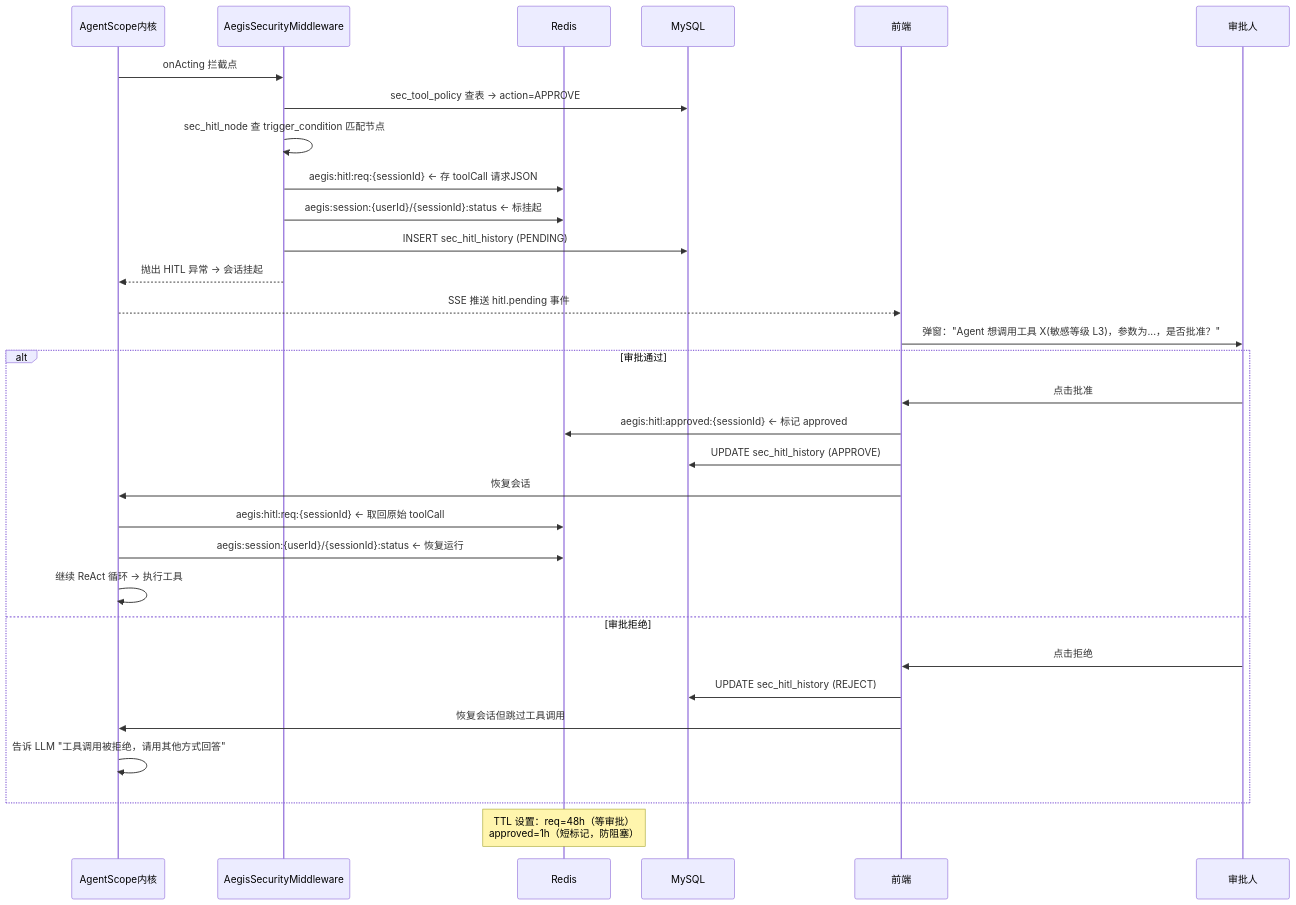
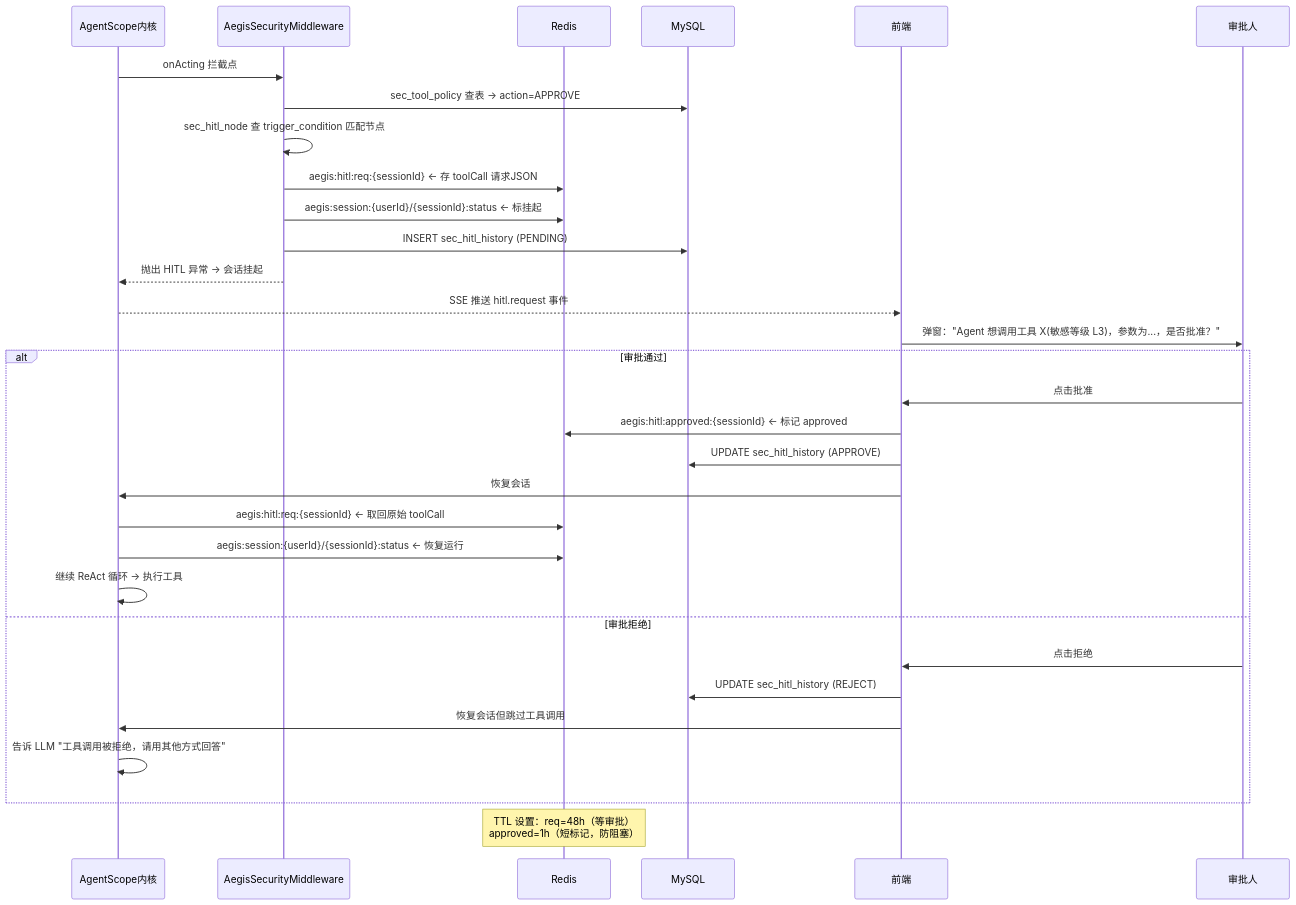
Before and after one commit to HarnessAgentStack/AegisAgent: diagram 12 of 18 in docs/data-model.md, drawn with Mermaid. The commit also changed other lines of this file and 30 other files, not shown here.

````diff
--- a/docs/data-model.md
+++ b/docs/data-model.md
@@ -623,37 +623,37 @@
 ```mermaid
 sequenceDiagram
     participant AS as AgentScope内核
     participant MW as AegisSecurityMiddleware
     participant Redis as Redis
     participant MySQL as MySQL
     participant FE as 前端
     participant User as 审批人
 
     AS->>MW: onActing 拦截点
     MW->>MySQL: sec_tool_policy 查表 → action=APPROVE
     MW->>MW: sec_hitl_node 查 trigger_condition 匹配节点
     MW->>Redis: aegis:hitl:req:{sessionId} ← 存 toolCall 请求JSON
     MW->>Redis: aegis:session:{userId}/{sessionId}:status ← 标挂起
     MW->>MySQL: INSERT sec_hitl_history (PENDING)
     MW-->>AS: 抛出 HITL 异常 → 会话挂起
 
-    AS-->>FE: SSE 推送 hitl.pending 事件
+    AS-->>FE: SSE 推送 hitl.request 事件
     FE->>User: 弹窗："Agent 想调用工具 X(敏感等级 L3)，参数为...，是否批准？"
 
     alt 审批通过
         User->>FE: 点击批准
         FE->>Redis: aegis:hitl:approved:{sessionId} ← 标记 approved
         FE->>MySQL: UPDATE sec_hitl_history (APPROVE)
         FE->>AS: 恢复会话
         AS->>Redis: aegis:hitl:req:{sessionId} ← 取回原始 toolCall
         AS->>Redis: aegis:session:{userId}/{sessionId}:status ← 恢复运行
         AS->>AS: 继续 ReAct 循环 → 执行工具
     else 审批拒绝
         User->>FE: 点击拒绝
         FE->>MySQL: UPDATE sec_hitl_history (REJECT)
         FE->>AS: 恢复会话但跳过工具调用
         AS->>AS: 告诉 LLM "工具调用被拒绝，请用其他方式回答"
     end
 
     Note over Redis: TTL 设置：req=48h（等审批）<br/>approved=1h（短标记，防阻塞）
 ```
````
